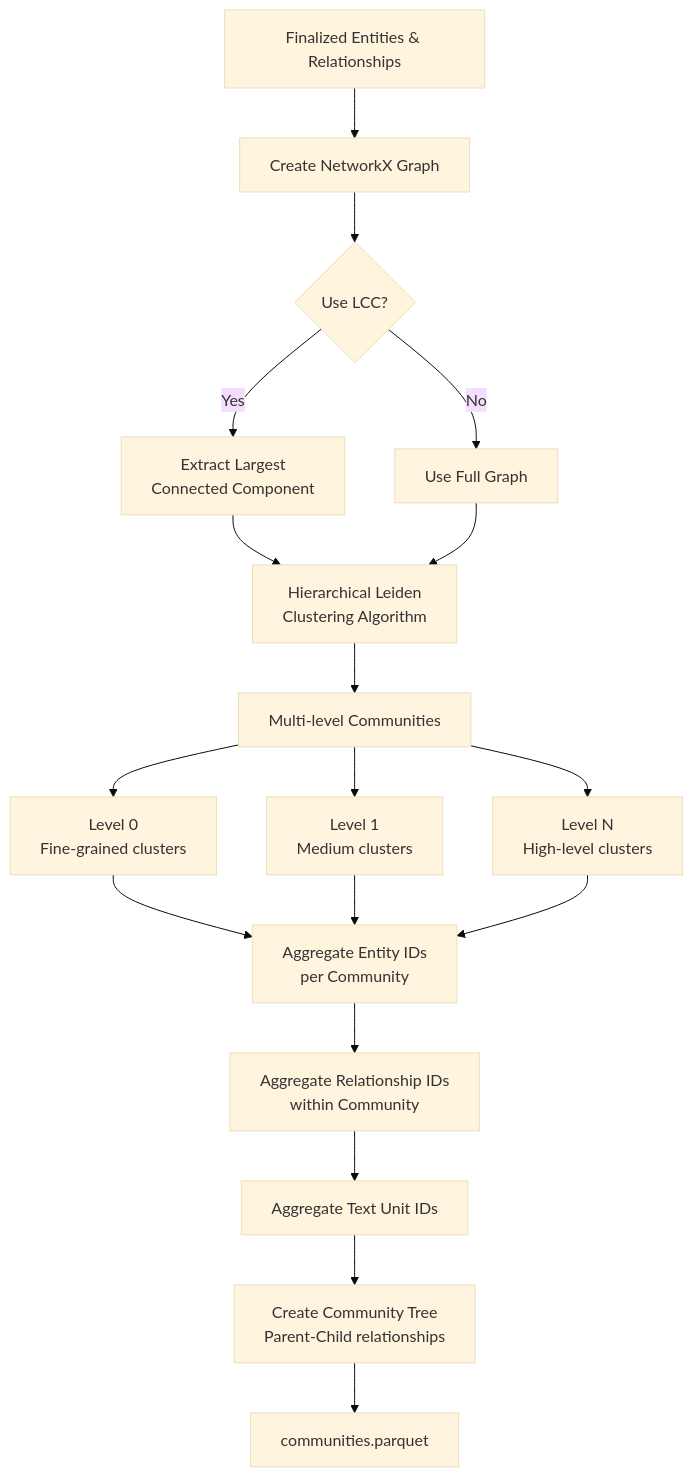
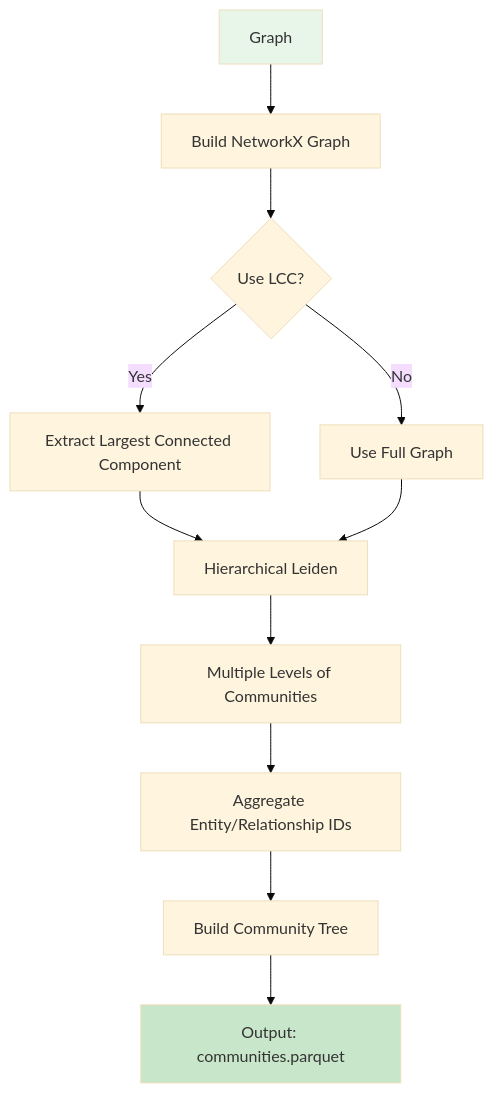
One commit to huytu0702/gtog changed the sixth of 10 diagrams in docs/tunh/GRAPHRAG_INDEXING_FLOW.md. Above: the diagram before and after it, drawn with Mermaid (base theme). The commit also changed other lines of this file and 1 other file, not shown here.

````diff
--- a/docs/tunh/GRAPHRAG_INDEXING_FLOW.md
+++ b/docs/tunh/GRAPHRAG_INDEXING_FLOW.md
@@ -341,29 +308,16 @@
 ```mermaid
-flowchart TB
-    A[Finalized Entities & Relationships] --> B[Create NetworkX Graph]
+graph TB
+    A[Graph] --> B[Build NetworkX Graph]
+    B --> C{Use LCC?}
+    C -->|Yes| D[Extract Largest Connected Component]
+    C -->|No| E[Use Full Graph]
+    D --> F[Hierarchical Leiden]
+    E --> F
+    F --> G[Multiple Levels of Communities]
+    G --> H[Aggregate Entity/Relationship IDs]
+    H --> I[Build Community Tree]
+    I --> J[Output: communities.parquet]
     
-    B --> C{Use LCC?}
-    C -->|Yes| D[Extract Largest<br/>Connected Component]
-    C -->|No| E[Use Full Graph]
-    
-    D --> F[Hierarchical Leiden<br/>Clustering Algorithm]
-    E --> F
-    
-    F --> G[Multi-level Communities]
-    
-    G --> H[Level 0<br/>Fine-grained clusters]
-    G --> I[Level 1<br/>Medium clusters]
-    G --> J[Level N<br/>High-level clusters]
-    
-    H --> K[Aggregate Entity IDs<br/>per Community]
-    I --> K
-    J --> K
-    
-    K --> L[Aggregate Relationship IDs<br/>within Community]
-    
-    L --> M[Aggregate Text Unit IDs]
-    
-    M --> N[Create Community Tree<br/>Parent-Child relationships]
-    
-    N --> O[communities.parquet]
+    style A fill:#e8f5e9
+    style J fill:#c8e6c9
 ```
````
